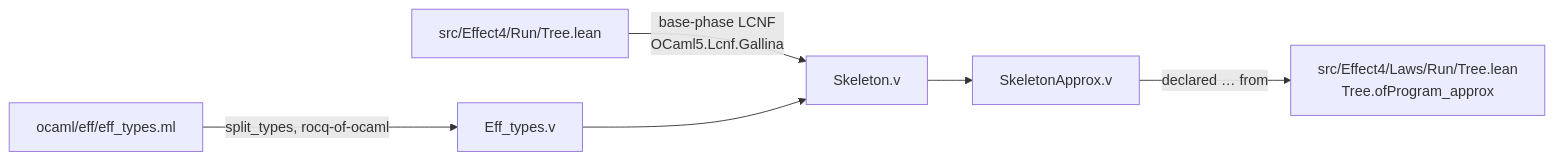
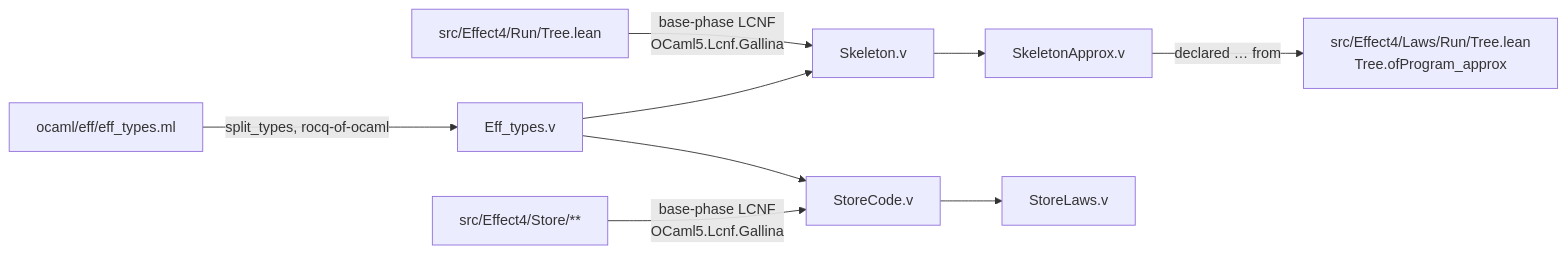
One commit to pure-algebra/lean4-effect4 changed the diagram in rocq/README.md. Above: the diagram before and after it, drawn with Mermaid. The commit also changed other lines of this file and 7 other files, not shown here.

````diff
--- a/rocq/README.md
+++ b/rocq/README.md
@@ -27,8 +30,11 @@
 ```mermaid
 flowchart LR
   T["src/Effect4/Run/Tree.lean"] -- "base-phase LCNF<br/>OCaml5.Lcnf.Gallina" --> S["Skeleton.v"]
   O["ocaml/eff/eff_types.ml"] -- "split_types, rocq-of-ocaml" --> E["Eff_types.v"]
   E --> S
   S --> A["SkeletonApprox.v"]
   A -- "declared … from" --> L["src/Effect4/Laws/Run/Tree.lean<br/>Tree.ofProgram_approx"]
+  W["src/Effect4/Store/**"] -- "base-phase LCNF<br/>OCaml5.Lcnf.Gallina" --> C["StoreCode.v"]
+  E --> C
+  C --> SL["StoreLaws.v"]
 ```
````
